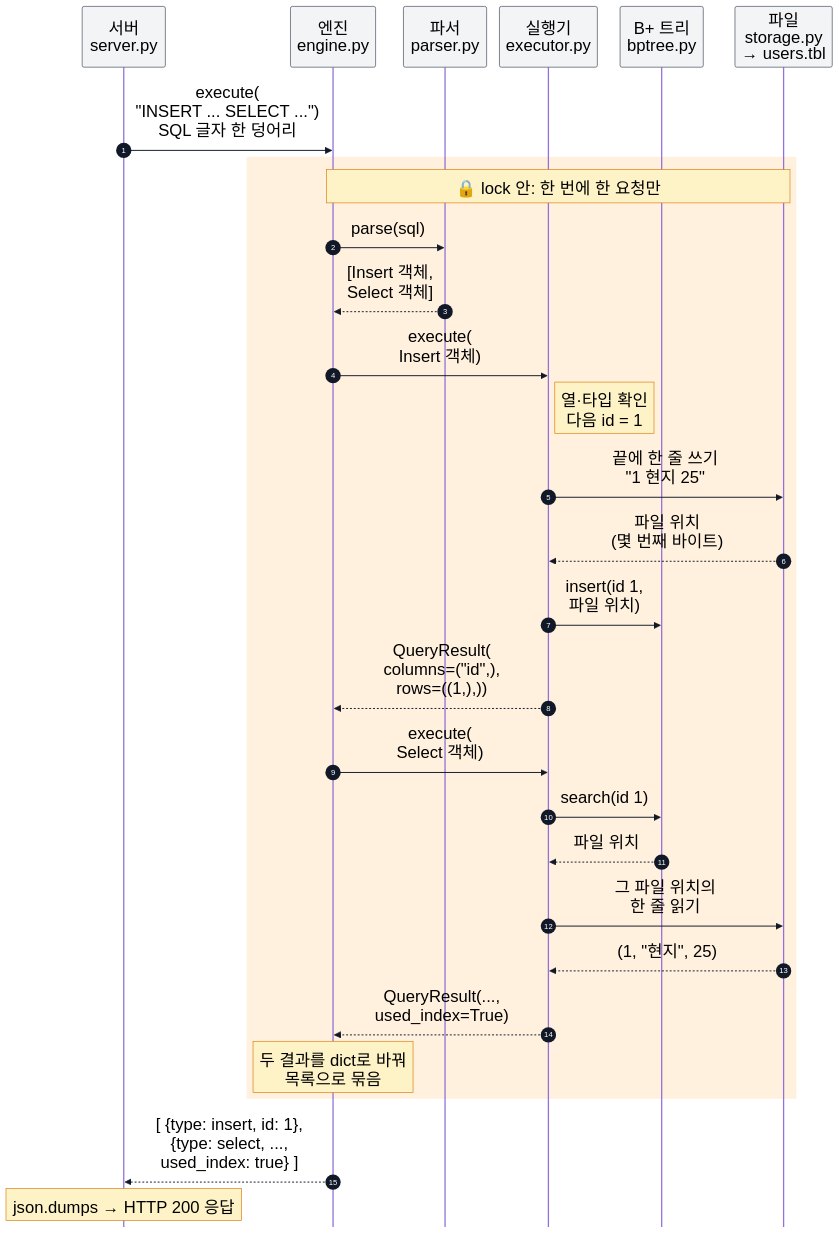
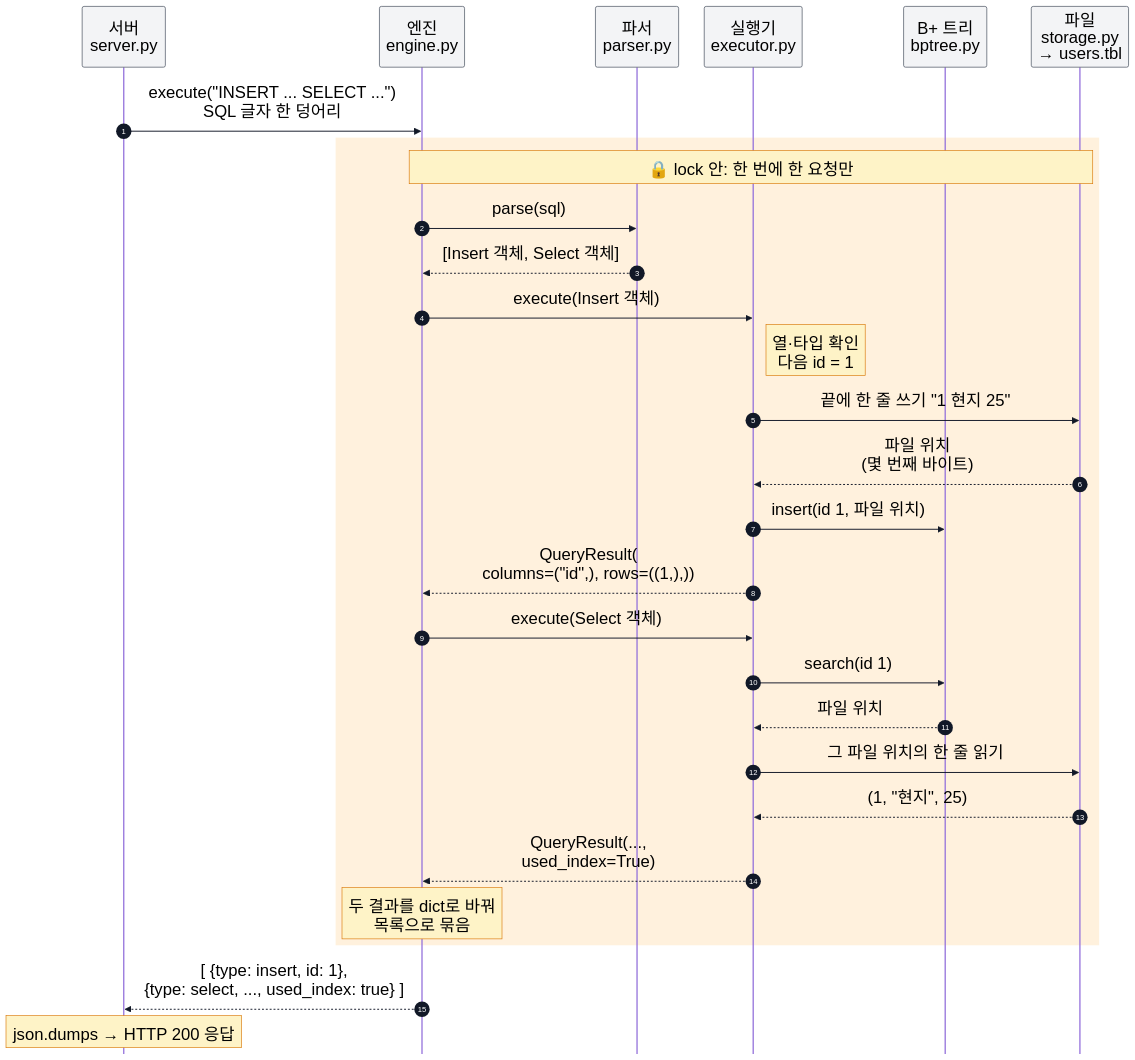
Before and after one commit to team1-mini-lab/mini-dbms: the diagram in README.md, drawn with Mermaid.

Commit message:
요청 흐름 그림: 가로로 넓혀 세로 길이 줄임
Claude-Session: https://claude.ai/code/session_01Ks7nEcHBXfQvhB7V9SzU2w

````diff
--- a/README.md
+++ b/README.md
@@ -147,60 +147,60 @@
 ```mermaid
 ---
 config:
   theme: default
   fontSize: 26
   themeVariables:
     fontSize: 26px
     signalTextColor: "#000000"
     noteTextColor: "#000000"
     actorTextColor: "#000000"
     signalColor: "#111827"
     noteBkgColor: "#fef3c7"
     noteBorderColor: "#d97706"
     actorBkg: "#f3f4f6"
     actorBorder: "#374151"
   themeCSS: "text, tspan { font-weight: 700 !important; }"
   sequence:
     mirrorActors: false
-    actorMargin: 20
+    actorMargin: 40
     width: 130
     height: 95
-    messageMargin: 55
+    messageMargin: 38
     actorFontSize: 26
     messageFontSize: 24
     noteFontSize: 22
 ---
 sequenceDiagram
     autonumber
     participant S as 서버<br>server.py
     participant E as 엔진<br>engine.py
     participant P as 파서<br>parser.py
     participant X as 실행기<br>executor.py
     participant B as B+ 트리<br>bptree.py
     participant F as 파일<br>storage.py<br>→ users.tbl
 
-    S->>E: execute(<br>"INSERT ... SELECT ...")<br>SQL 글자 한 덩어리
+    S->>E: execute("INSERT ... SELECT ...")<br>SQL 글자 한 덩어리
     rect rgba(255, 200, 120, 0.25)
     Note over E,F: 🔒 lock 안: 한 번에 한 요청만
     E->>P: parse(sql)
-    P-->>E: [Insert 객체,<br>Select 객체]
+    P-->>E: [Insert 객체, Select 객체]
 
-    E->>X: execute(<br>Insert 객체)
+    E->>X: execute(Insert 객체)
     Note right of X: 열·타입 확인<br>다음 id = 1
-    X->>F: 끝에 한 줄 쓰기<br>"1 현지 25"
+    X->>F: 끝에 한 줄 쓰기 "1 현지 25"
     F-->>X: 파일 위치<br>(몇 번째 바이트)
-    X->>B: insert(id 1,<br>파일 위치)
-    X-->>E: QueryResult(<br>columns=("id",),<br>rows=((1,),))
+    X->>B: insert(id 1, 파일 위치)
+    X-->>E: QueryResult(<br>columns=("id",), rows=((1,),))
 
-    E->>X: execute(<br>Select 객체)
+    E->>X: execute(Select 객체)
     X->>B: search(id 1)
     B-->>X: 파일 위치
-    X->>F: 그 파일 위치의<br>한 줄 읽기
+    X->>F: 그 파일 위치의 한 줄 읽기
     F-->>X: (1, "현지", 25)
     X-->>E: QueryResult(...,<br>used_index=True)
 
     Note over E: 두 결과를 dict로 바꿔<br>목록으로 묶음
     end
-    E-->>S: [ {type: insert, id: 1},<br>{type: select, ...,<br>used_index: true} ]
+    E-->>S: [ {type: insert, id: 1},<br>{type: select, ..., used_index: true} ]
     Note over S: json.dumps → HTTP 200 응답
 ```
````
